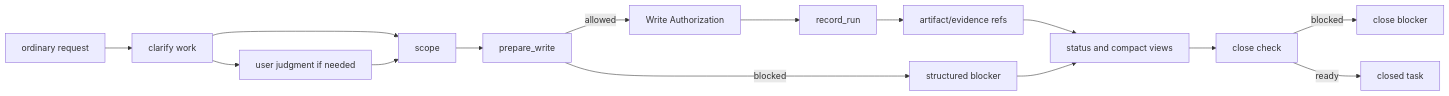
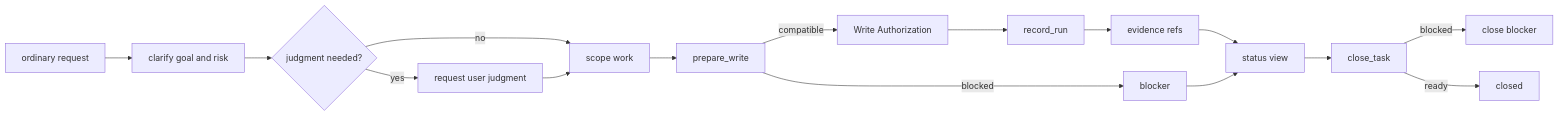
The diagram in docs/en/build/runtime-walkthrough.md (minjungw00/Harness_Project), drawn with Mermaid before and after one commit. The commit also changed 15 other files, not shown here.

Commit message:
docs: simplify and audit Harness diagrams

````diff
--- a/docs/en/build/runtime-walkthrough.md
+++ b/docs/en/build/runtime-walkthrough.md
@@ -25,17 +25,18 @@
 ```mermaid
 flowchart LR
-  Request["ordinary request"] --> Clarify["clarify work"]
-  Clarify --> Judgment["user judgment if needed"]
-  Clarify --> Scope["scope"]
-  Judgment --> Scope
+  Request["ordinary request"] --> Clarify["clarify goal and risk"]
+  Clarify --> Judgment{"judgment needed?"}
+  Judgment -->|yes| Ask["request user judgment"]
+  Judgment -->|no| Scope["scope work"]
+  Ask --> Scope
   Scope --> Prepare["prepare_write"]
-  Prepare -->|allowed| Auth["Write Authorization"]
-  Prepare -->|blocked| Blocker["structured blocker"]
+  Prepare -->|compatible| Auth["Write Authorization"]
+  Prepare -->|blocked| Blocker["blocker"]
   Auth --> Run["record_run"]
-  Run --> Evidence["artifact/evidence refs"]
-  Evidence --> Status["status and compact views"]
+  Run --> Evidence["evidence refs"]
+  Evidence --> Status["status view"]
   Blocker --> Status
-  Status --> CloseCheck["close check"]
+  Status --> CloseCheck["close_task"]
   CloseCheck -->|blocked| CloseBlocker["close blocker"]
-  CloseCheck -->|ready| Closed["closed task"]
+  CloseCheck -->|ready| Closed["closed"]
 ```
````
